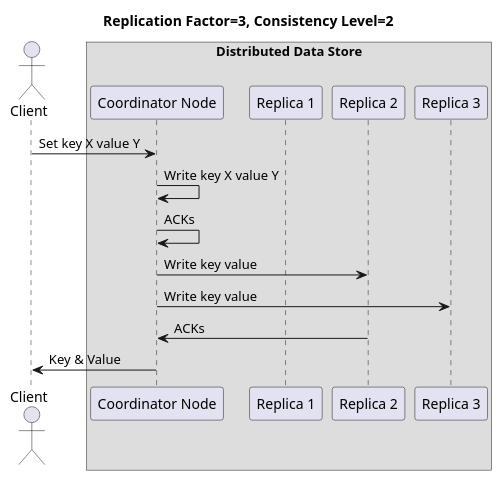
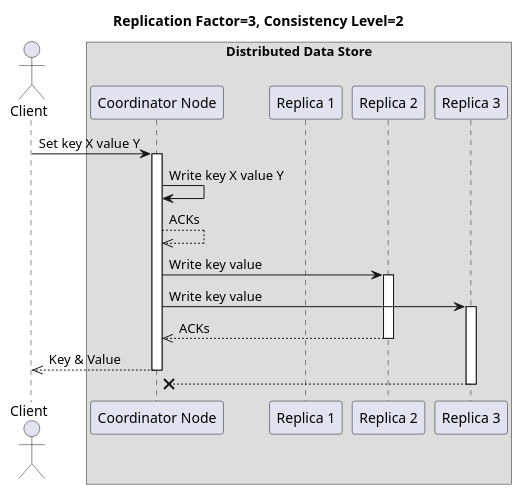
One commit to EliriaT/distributed-store changed the diagram in diagrams/sequence4.puml. Above: the diagram before and after it, drawn with PlantUML. The commit also changed 17 other files, not shown here.

Commit message:
Update diagrams..

```diff
--- a/diagrams/sequence4.puml
+++ b/diagrams/sequence4.puml
@@ -1,22 +1,28 @@
 @startuml
 
 title Replication Factor=3, Consistency Level=2
 
 actor Client as C
 box "Distributed Data Store"
 participant "Coordinator Node" as CN
 participant "Replica 1" as N1
 participant "Replica 2" as N2
 participant "Replica 3" as N3
 end box
 
 
 C -> CN : Set key X value Y
+activate CN
 CN -> CN : Write key X value Y
-CN -> CN : ACKs
+CN -->> CN : ACKs
 CN -> N2 : Write key value
+activate N2
 CN -> N3 : Write key value
-N2 -> CN : ACKs
-CN -> C : Key & Value
-
+activate N3
+N2 -->> CN : ACKs
+deactivate N2
+CN -->> C : Key & Value
+deactivate CN
+N3 -->>X CN
+deactivate N3
 @enduml
```
